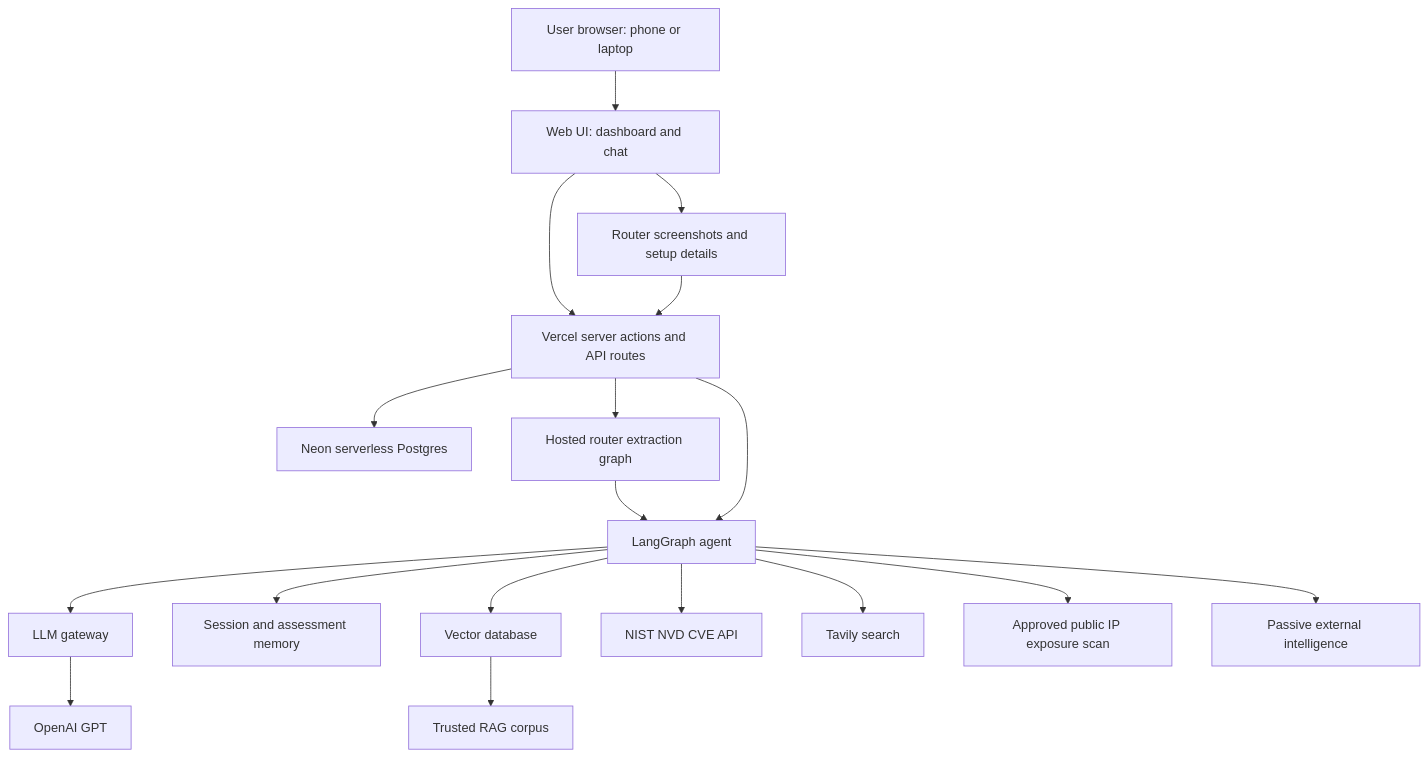
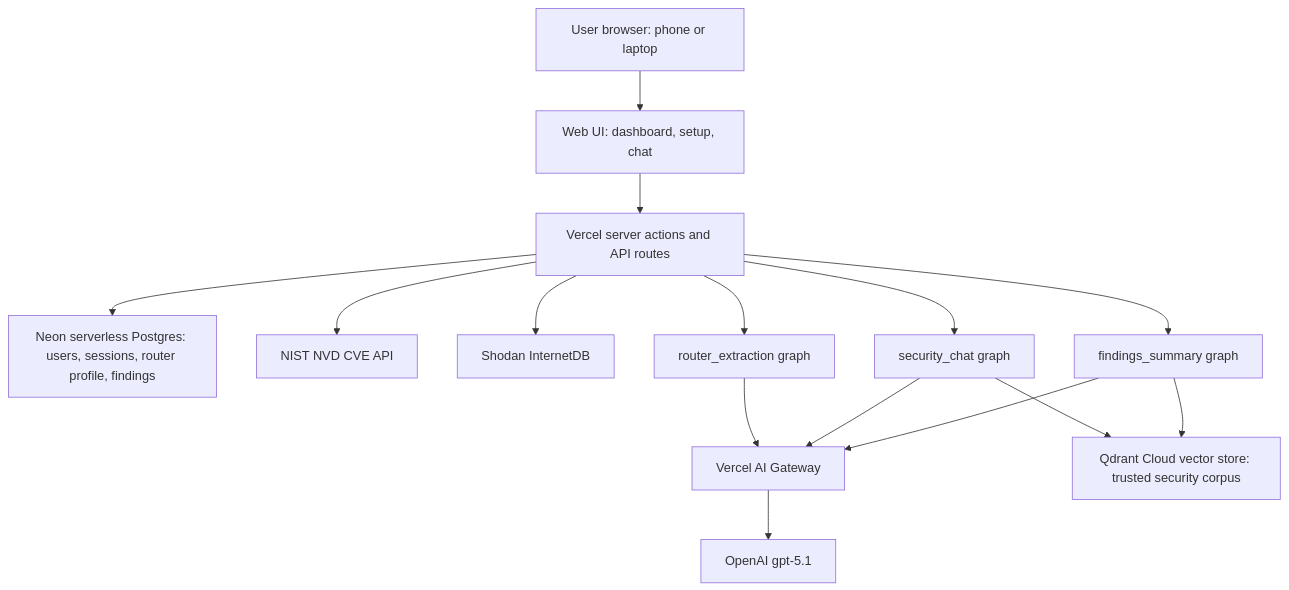
One commit to krmurphy2/GridWatch changed the second of 3 diagrams in README.md. Above: the diagram before and after it, drawn with Mermaid. The commit also changed other lines of this file and 3 other files, not shown here.

First line of the commit message:
docs: current-state architecture diagrams + committed roadmap

````diff
--- a/README.md
+++ b/README.md
@@ -98,37 +98,30 @@
 ```mermaid
 flowchart TD
     User[User browser: phone or laptop]
-    UI[Web UI: dashboard and chat]
-    Upload[Router screenshots and setup details]
+    UI[Web UI: dashboard, setup, chat]
     API[Vercel server actions and API routes]
-    DB[Neon serverless Postgres]
-    Extract[Hosted router extraction graph]
-    Agent[LangGraph agent]
-    Gateway[LLM gateway]
-    LLM[OpenAI GPT]
-    Memory[Session and assessment memory]
-    VectorDB[Vector database]
-    Docs[Trusted RAG corpus]
+    DB[Neon serverless Postgres: users, sessions, router profile, findings]
     NVD[NIST NVD CVE API]
-    Tavily[Tavily search]
-    ExposureScan[Approved public IP exposure scan]
-    PassiveIntel[Passive external intelligence]
+    InternetDB[Shodan InternetDB]
+    Extract[router_extraction graph]
+    Chat[security_chat graph]
+    Summary[findings_summary graph]
+    Gateway[Vercel AI Gateway]
+    LLM[OpenAI gpt-5.1]
+    Qdrant[Qdrant Cloud vector store: trusted security corpus]
 
     User --> UI
-    UI --> Upload
     UI --> API
-    Upload --> API
     API --> DB
+    API --> NVD
+    API --> InternetDB
     API --> Extract
-    Extract --> Agent
-    API --> Agent
-    Agent --> Gateway
+    API --> Chat
+    API --> Summary
+    Extract --> Gateway
+    Chat --> Gateway
+    Summary --> Gateway
     Gateway --> LLM
-    Agent --> Memory
-    Agent --> VectorDB
-    VectorDB --> Docs
-    Agent --> NVD
-    Agent --> Tavily
-    Agent --> ExposureScan
-    Agent --> PassiveIntel
+    Chat --> Qdrant
+    Summary --> Qdrant
 ```
````
